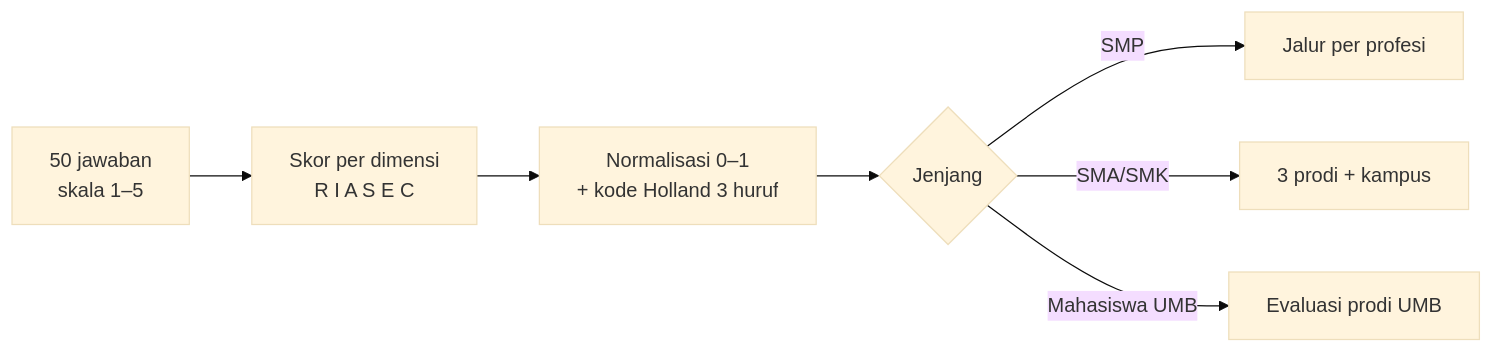
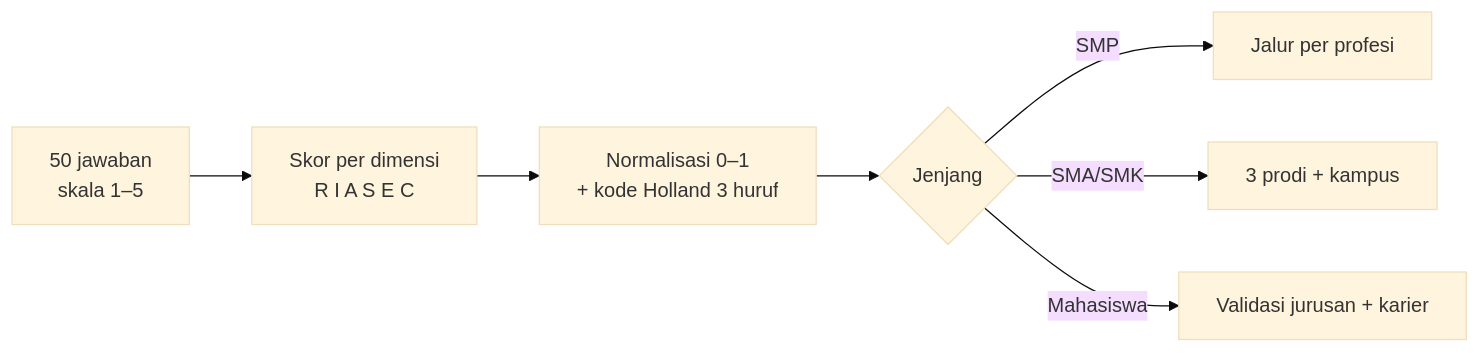
Before and after one commit to adelinda02/ArahDiri: the first of 2 diagrams in README.md, drawn with Mermaid (base theme). The commit also changed other lines of this file and 40 other files, not shown here.

````diff
--- a/README.md
+++ b/README.md
@@ -77,9 +77,9 @@
 ```mermaid
 flowchart LR
     A[50 jawaban<br/>skala 1–5] --> B[Skor per dimensi<br/>R I A S E C]
     B --> C[Normalisasi 0–1<br/>+ kode Holland 3 huruf]
     C --> D{Jenjang}
     D -->|SMP| E[Jalur per profesi]
     D -->|SMA/SMK| F[3 prodi + kampus]
-    D -->|Mahasiswa UMB| G[Evaluasi prodi UMB]
+    D -->|Mahasiswa| G[Validasi jurusan + karier]
 ```
````
